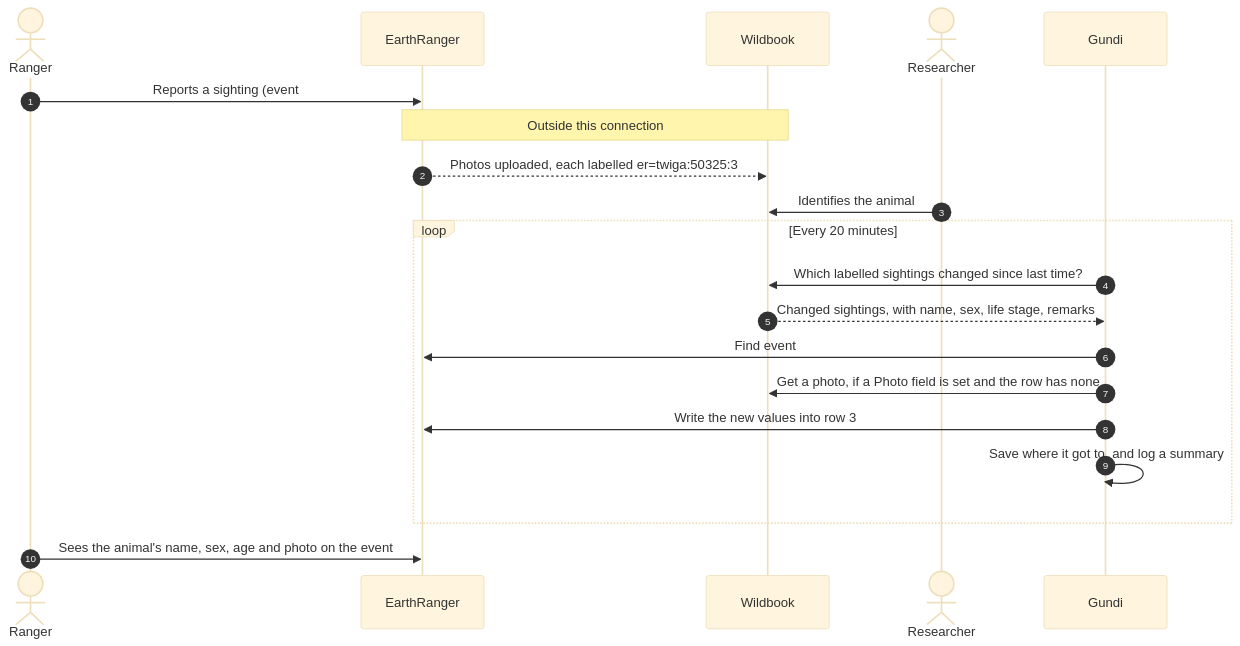
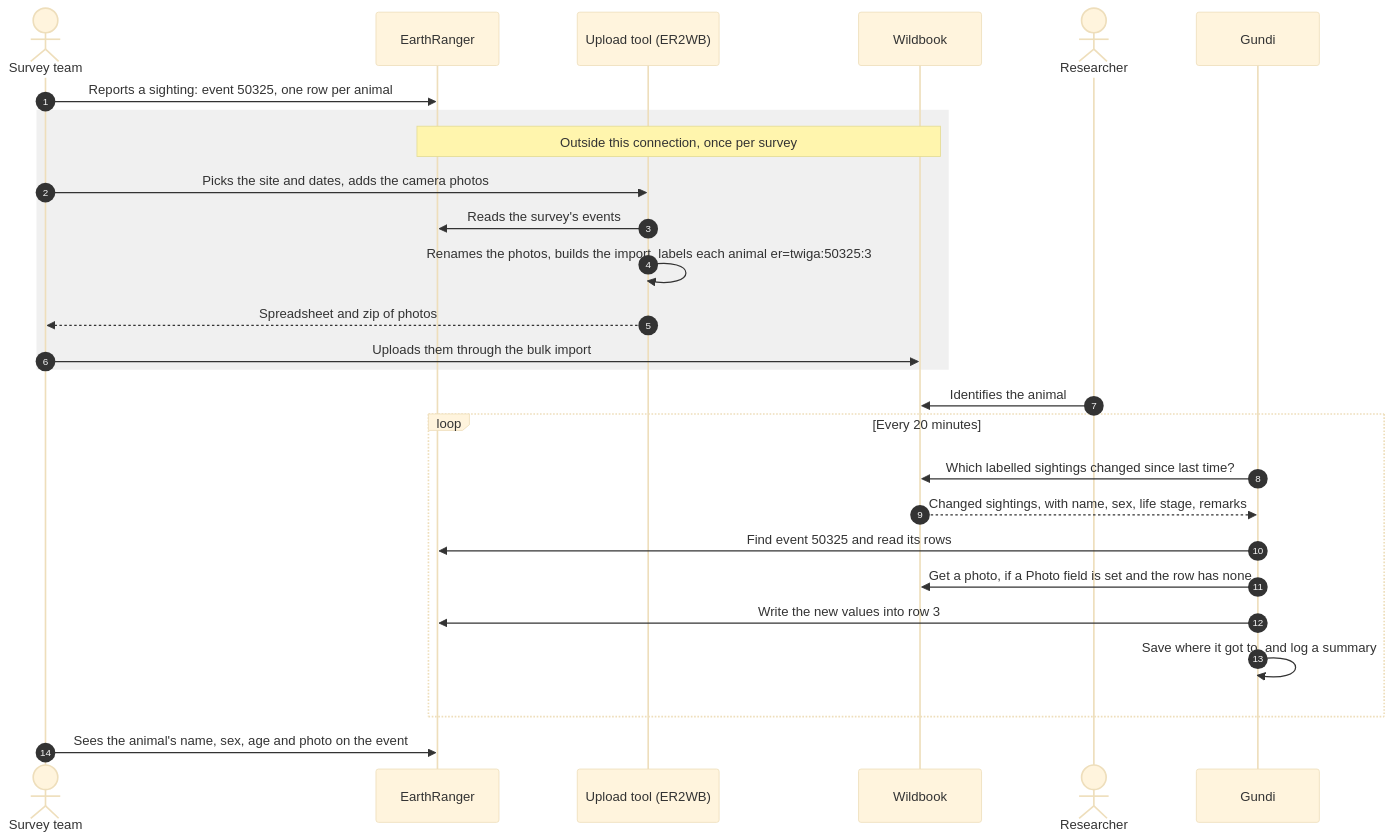
One commit to PADAS/gundi-integration-wildbook changed the diagram in docs/index.md. Above: the diagram before and after it, drawn with Mermaid (base theme). The commit also changed other lines of this file and 2 other files, not shown here.

First line of the commit message:
Explain the upload tool that labels Wildbook sightings

````diff
--- a/docs/index.md
+++ b/docs/index.md
@@ -65,23 +97,30 @@
 ```mermaid
 sequenceDiagram
     autonumber
-    actor Ranger
+    actor Team as Survey team
     participant ER as EarthRanger
+    participant T as Upload tool (ER2WB)
     participant WB as Wildbook
     actor Researcher
     participant G as Gundi
 
-    Ranger->>ER: Reports a sighting (event #50325, one row per animal)
-    Note over ER,WB: Outside this connection
-    ER-->>WB: Photos uploaded, each labelled er=twiga:50325:3
+    Team->>ER: Reports a sighting: event 50325, one row per animal
+    rect rgba(128, 128, 128, 0.12)
+    Note over ER,WB: Outside this connection, once per survey
+    Team->>T: Picks the site and dates, adds the camera photos
+    T->>ER: Reads the survey's events
+    T->>T: Renames the photos, builds the import, labels each animal er=twiga:50325:3
+    T-->>Team: Spreadsheet and zip of photos
+    Team->>WB: Uploads them through the bulk import
+    end
     Researcher->>WB: Identifies the animal
     loop Every 20 minutes
         G->>WB: Which labelled sightings changed since last time?
         WB-->>G: Changed sightings, with name, sex, life stage, remarks
-        G->>ER: Find event #50325 and read its rows
+        G->>ER: Find event 50325 and read its rows
         G->>WB: Get a photo, if a Photo field is set and the row has none
         G->>ER: Write the new values into row 3
         G->>G: Save where it got to, and log a summary
     end
-    Ranger->>ER: Sees the animal's name, sex, age and photo on the event
+    Team->>ER: Sees the animal's name, sex, age and photo on the event
 ```
````
